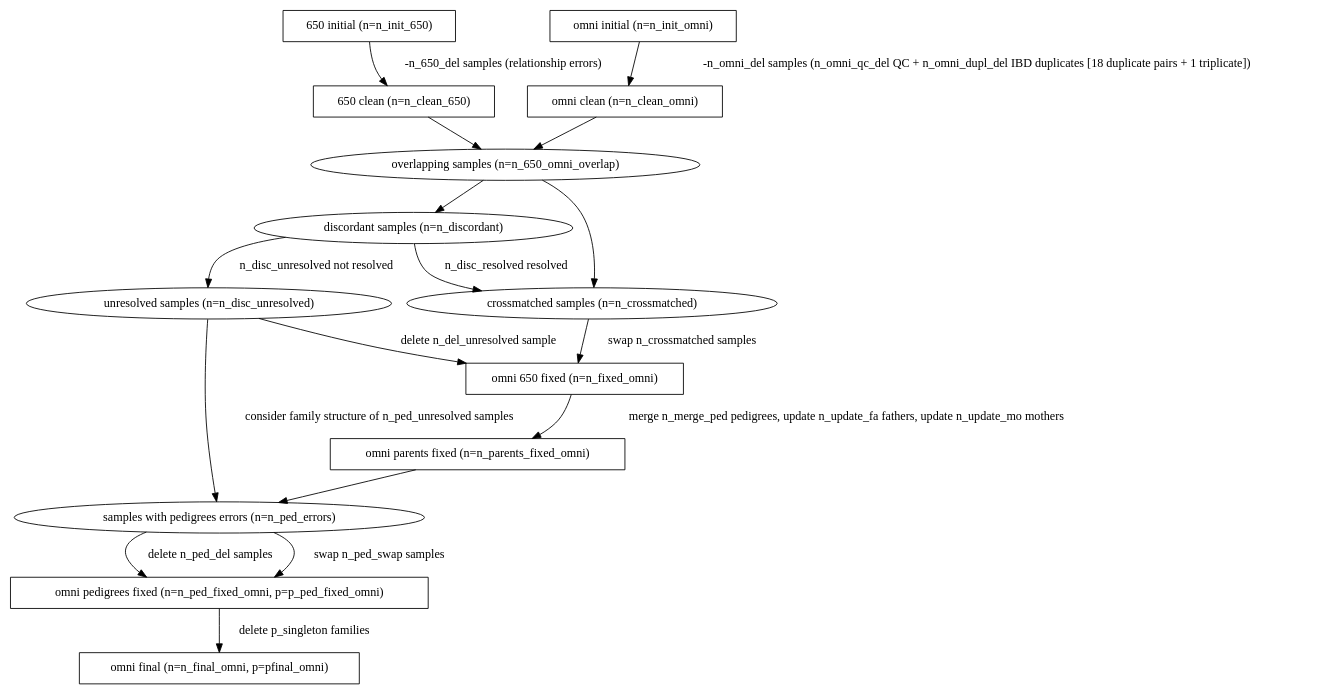
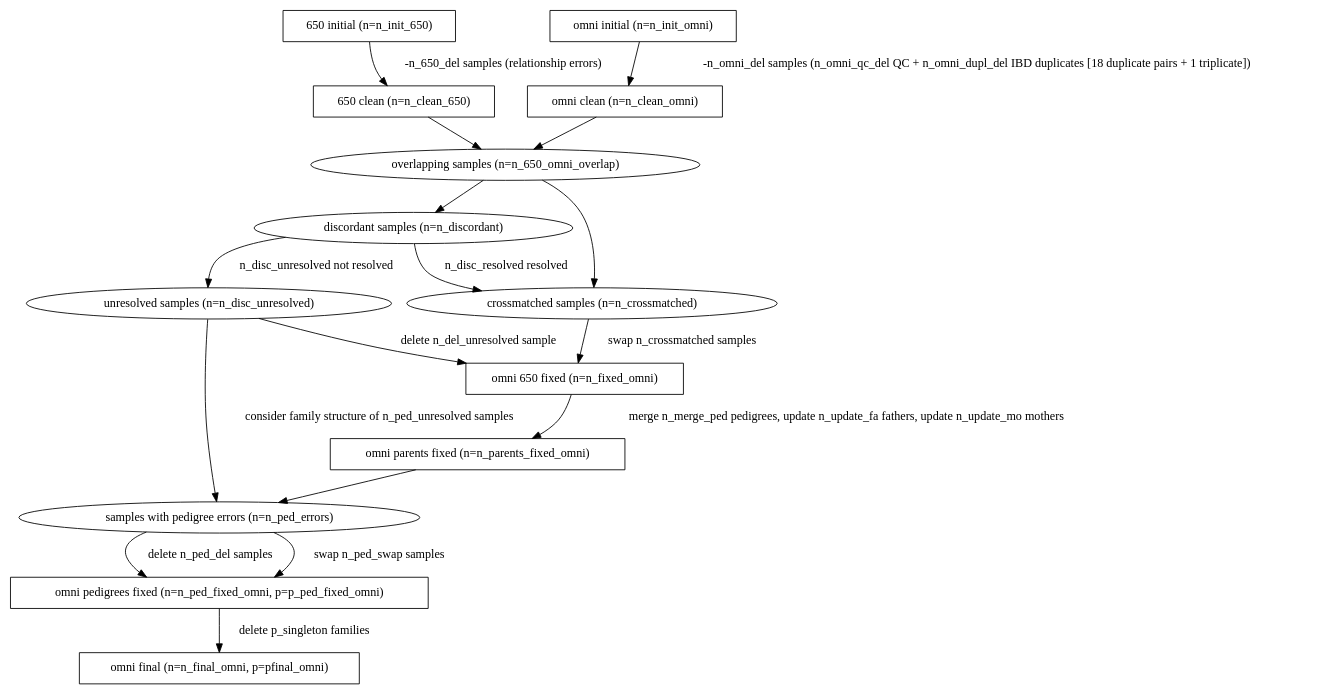
Before and after one commit to TOPMed-BAGS/sample_identity: the diagram in doc/flow.dot, drawn with Graphviz.

Commit message:
Minor grammar fix

```diff
--- a/doc/flow.dot
+++ b/doc/flow.dot
@@ -1,34 +1,34 @@
 #!dot
 digraph {
     INIT_SIX       [label="650 initial (n=n_init_650)", shape=box]
     INIT_OMNI      [label="omni initial (n=n_init_omni)", shape=box]
     CLEAN_SIX      [label="650 clean (n=n_clean_650)", shape=box]
     CLEAN_OMNI     [label="omni clean (n=n_clean_omni)", shape=box]
     OVERLAP        [label="overlapping samples (n=n_650_omni_overlap)"]
     DISCORDANT     [label="discordant samples (n=n_discordant)"]
     CROSSMATCH     [label="crossmatched samples (n=n_crossmatched)"]
     UNRESOLVED     [label="unresolved samples (n=n_disc_unresolved)"]
     FIXED_OMNI     [label="omni 650 fixed (n=n_fixed_omni)", shape=box]
     PAR_FIXED_OMNI [label="omni parents fixed (n=n_parents_fixed_omni)", shape=box]
-    PED_ERRORS [label="samples with pedigrees errors (n=n_ped_errors)"]
+    PED_ERRORS [label="samples with pedigree errors (n=n_ped_errors)"]
     PED_FIXED_OMNI [label="omni pedigrees fixed (n=n_ped_fixed_omni, p=p_ped_fixed_omni)", shape=box]
     FINAL_OMNI     [label="omni final (n=n_final_omni, p=pfinal_omni)", shape=box]
 
     INIT_SIX       -> CLEAN_SIX [label=" -n_650_del samples (relationship errors)"];
     INIT_OMNI      -> CLEAN_OMNI [label=" -n_omni_del samples (n_omni_qc_del QC + n_omni_dupl_del IBD duplicates [18 duplicate pairs + 1 triplicate])"];
     CLEAN_SIX      -> OVERLAP;
     CLEAN_OMNI     -> OVERLAP;
     OVERLAP        -> DISCORDANT;
     OVERLAP        -> CROSSMATCH;
     DISCORDANT     -> CROSSMATCH [label=" n_disc_resolved resolved"];
     DISCORDANT     -> UNRESOLVED [label=" n_disc_unresolved not resolved"];
     CROSSMATCH     -> FIXED_OMNI [label=" swap n_crossmatched samples"];
     UNRESOLVED     -> PED_ERRORS [label=" consider family structure of n_ped_unresolved samples"];
     UNRESOLVED     -> FIXED_OMNI [label=" delete n_del_unresolved sample"];
     FIXED_OMNI     -> PAR_FIXED_OMNI [label=" merge n_merge_ped pedigrees, update n_update_fa fathers, update n_update_mo mothers"];
     PAR_FIXED_OMNI -> PED_ERRORS;
     PED_ERRORS     -> PED_FIXED_OMNI [label=" delete n_ped_del samples"];
     PED_ERRORS     -> PED_FIXED_OMNI [label=" swap n_ped_swap samples"];
     PED_FIXED_OMNI -> FINAL_OMNI [label=" delete p_singleton families"];
 
 }
```
